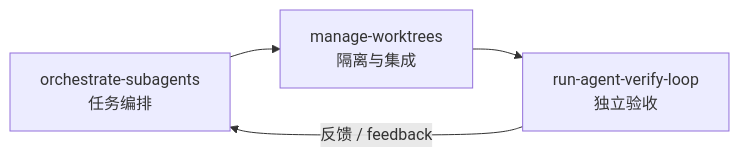
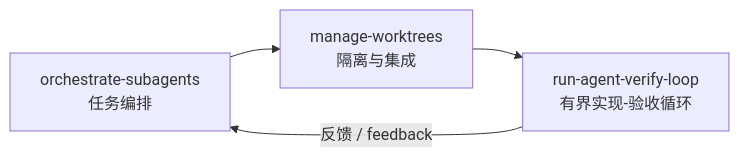
One commit to cr1992/agentkit changed the diagram in README.md. Above: the diagram before and after it, drawn with Mermaid. The commit also changed other lines of this file and 1 other file, not shown here.

Commit message:
docs: add skill collaboration architecture proposal

````diff
--- a/README.md
+++ b/README.md
@@ -9,6 +9,6 @@
 ```mermaid
 flowchart LR
     A["orchestrate-subagents<br/>任务编排"] --> B["manage-worktrees<br/>隔离与集成"]
-    B --> C["run-agent-verify-loop<br/>独立验收"]
+    B --> C["run-agent-verify-loop<br/>有界实现-验收循环"]
     C -->|"反馈 / feedback"| A
 ```
````
